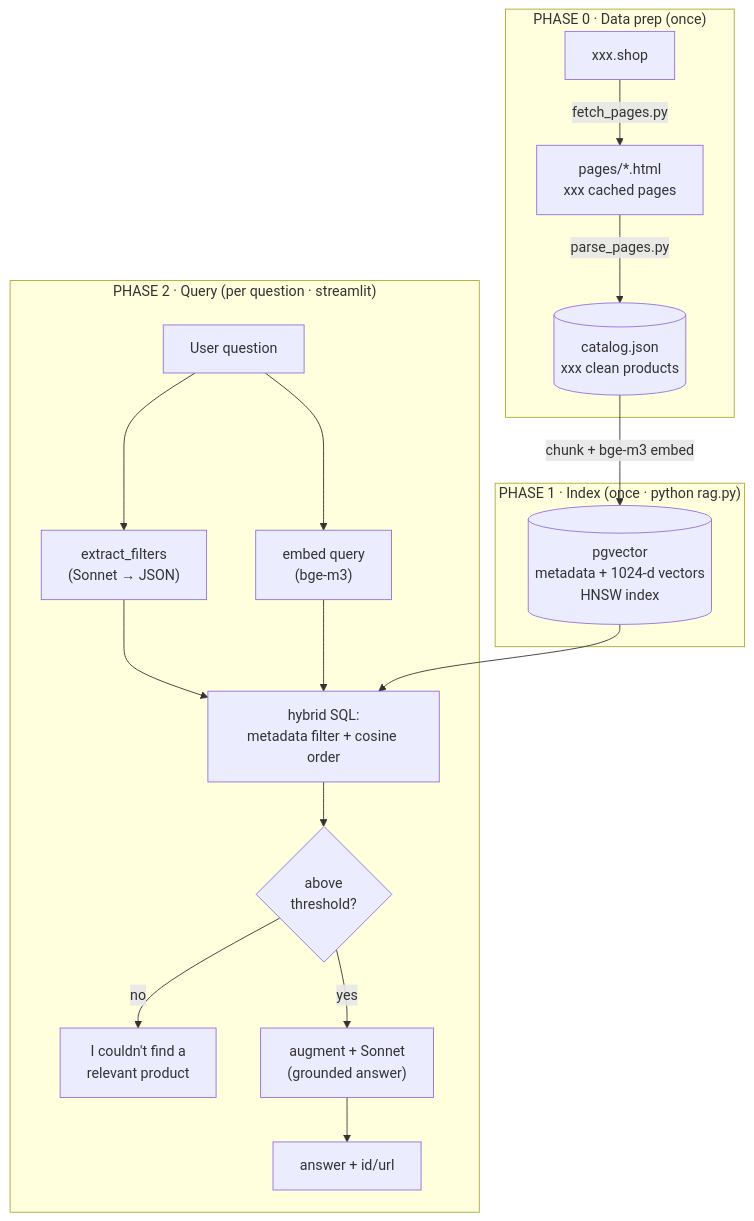
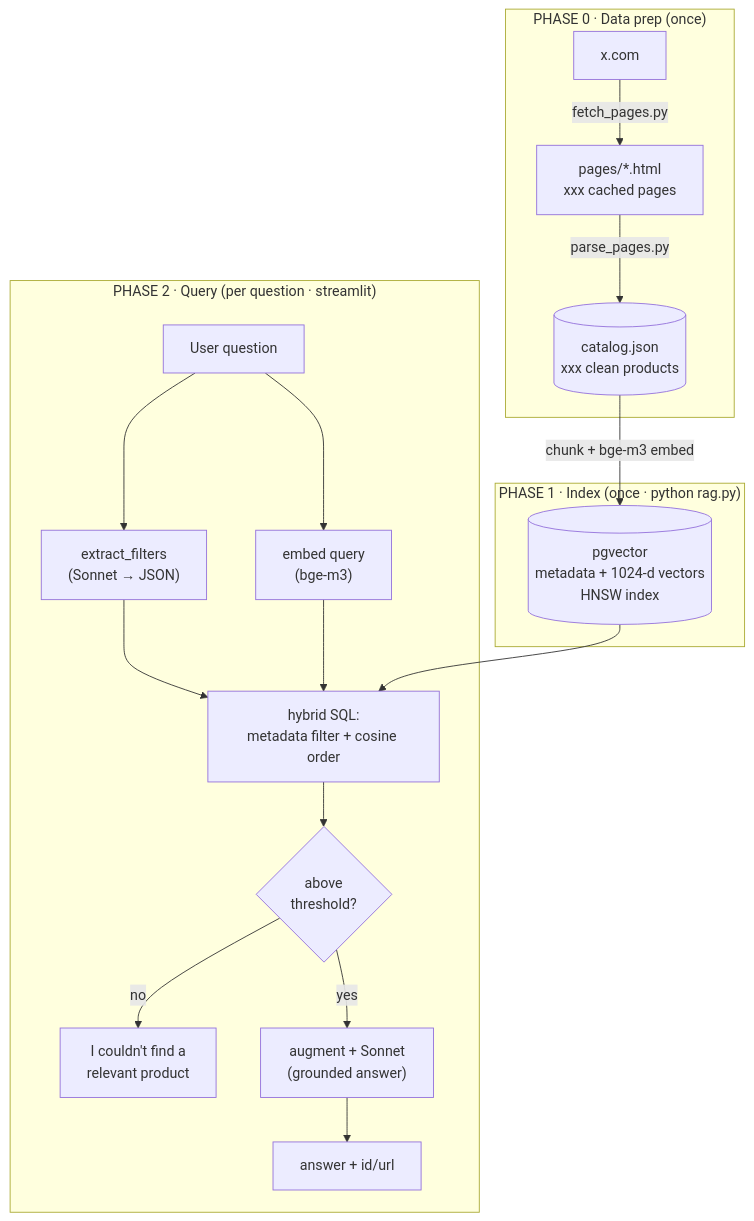
One commit to utkucatal/industrial-rag changed the first of 2 diagrams in README.md. Above: the diagram before and after it, drawn with Mermaid.

````diff
--- a/README.md
+++ b/README.md
@@ -37,23 +37,23 @@
 ```mermaid
 flowchart TD
     subgraph P0["PHASE 0 · Data prep  (once)"]
-        S[xxx.shop] -->|fetch_pages.py| H["pages/*.html<br/>xxx cached pages"]
+        S[x.com] -->|fetch_pages.py| H["pages/*.html<br/>xxx cached pages"]
         H -->|parse_pages.py| C[("catalog.json<br/>xxx clean products")]
     end
 
     subgraph P1["PHASE 1 · Index  (once · python rag.py)"]
         C -->|chunk + bge-m3 embed| V[("pgvector<br/>metadata + 1024-d vectors<br/>HNSW index")]
     end
 
     subgraph P2["PHASE 2 · Query  (per question · streamlit)"]
         Q["User question"] --> F["extract_filters<br/>(Sonnet → JSON)"]
         Q --> E["embed query<br/>(bge-m3)"]
         F --> R["hybrid SQL:<br/>metadata filter + cosine order"]
         E --> R
         V --> R
         R --> T{"above<br/>threshold?"}
         T -->|no| NF["I couldn't find a<br/>relevant product"]
         T -->|yes| G["augment + Sonnet<br/>(grounded answer)"]
         G --> OUT["answer + id/url"]
     end
 ```
````
